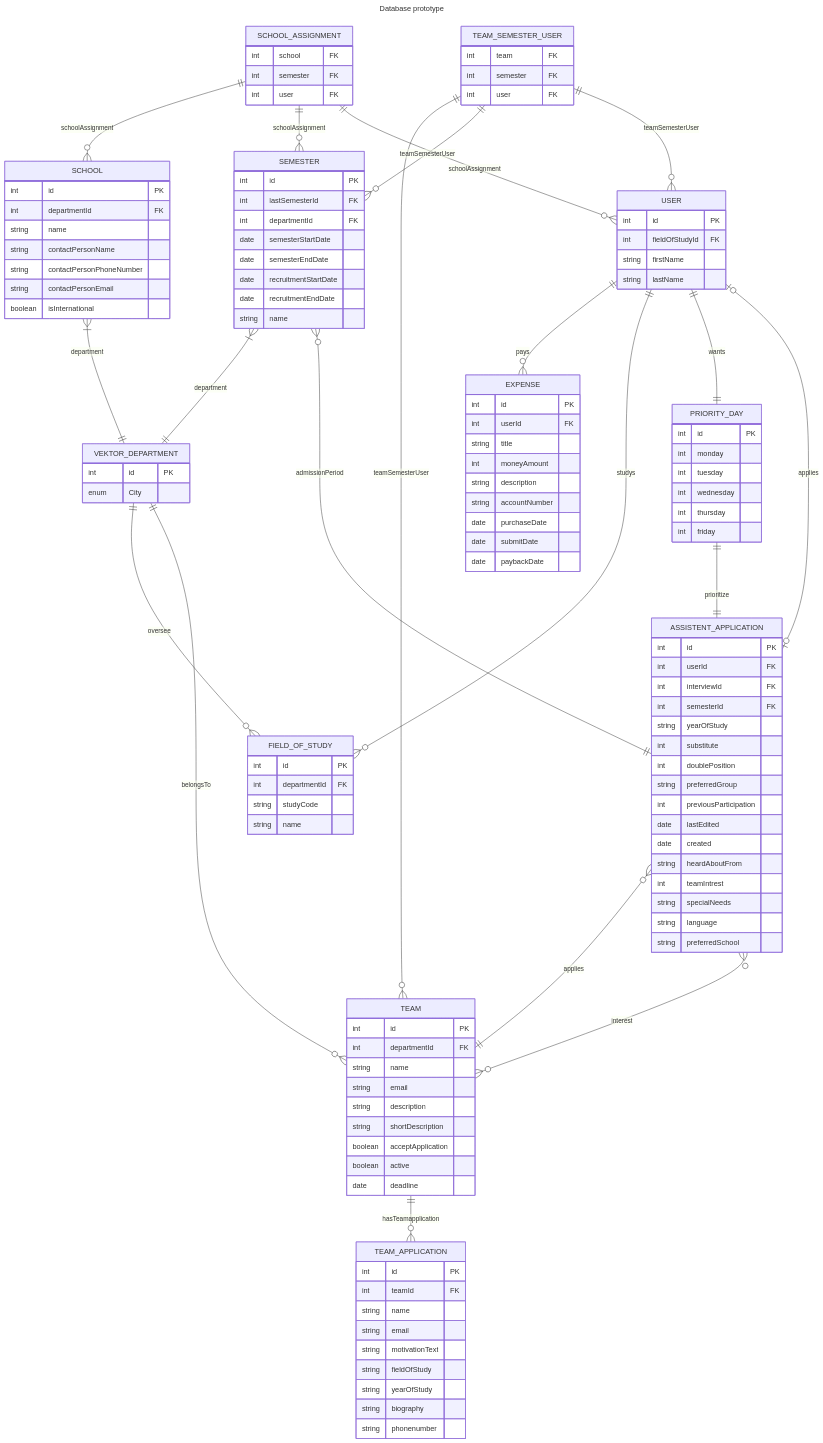
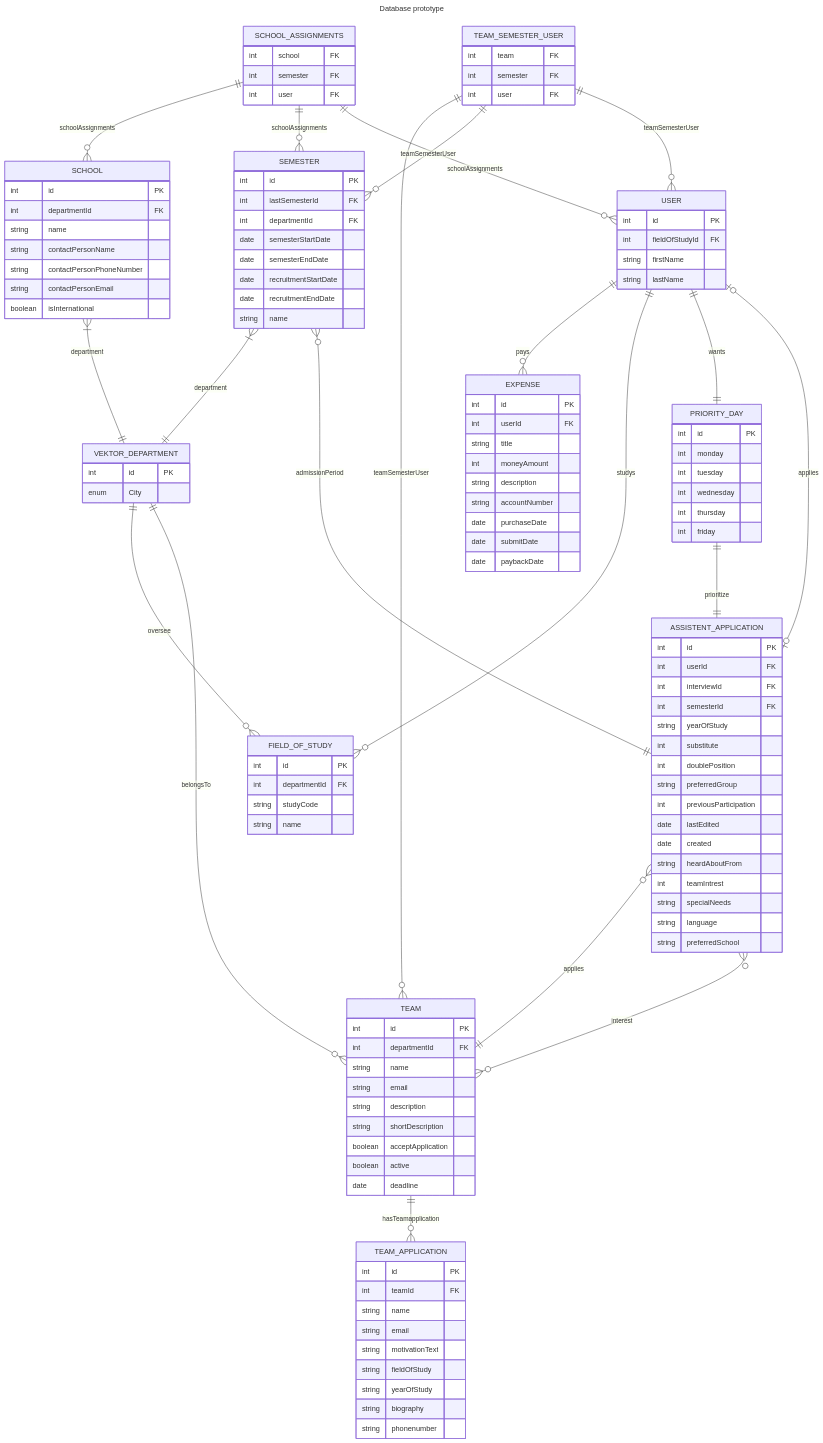
One commit to vektorprogrammet/api changed the diagram in database-diagram.md. Above: the diagram before and after it, drawn with Mermaid. The commit also changed 4 other files, not shown here.

Commit message:
style: :art: changed schoolAssignments to plural

```diff
--- a/database-diagram.md
+++ b/database-diagram.md
@@ -99,7 +99,7 @@
         string contactPersonEmail
         boolean isInternational
     }
-    SCHOOL_ASSIGNMENT{
+    SCHOOL_ASSIGNMENTS{
         int school FK
         int semester FK
         int user FK
@@ -122,9 +122,9 @@
     SEMESTER }|--|| VEKTOR_DEPARTMENT : department
     SCHOOL }|--|| VEKTOR_DEPARTMENT : department
     SEMESTER }o--|| ASSISTENT_APPLICATION : admissionPeriod
-    SCHOOL_ASSIGNMENT ||--o{ SCHOOL : schoolAssignment
-    SCHOOL_ASSIGNMENT ||--o{ SEMESTER : schoolAssignment
-    SCHOOL_ASSIGNMENT ||--o{ USER : schoolAssignment
+    SCHOOL_ASSIGNMENTS ||--o{ SCHOOL : schoolAssignments
+    SCHOOL_ASSIGNMENTS ||--o{ SEMESTER : schoolAssignments
+    SCHOOL_ASSIGNMENTS ||--o{ USER : schoolAssignments
     TEAM_SEMESTER_USER ||--o{ TEAM : teamSemesterUser
     TEAM_SEMESTER_USER ||--o{ SEMESTER : teamSemesterUser    
     TEAM_SEMESTER_USER ||--o{ USER : teamSemesterUser
```
